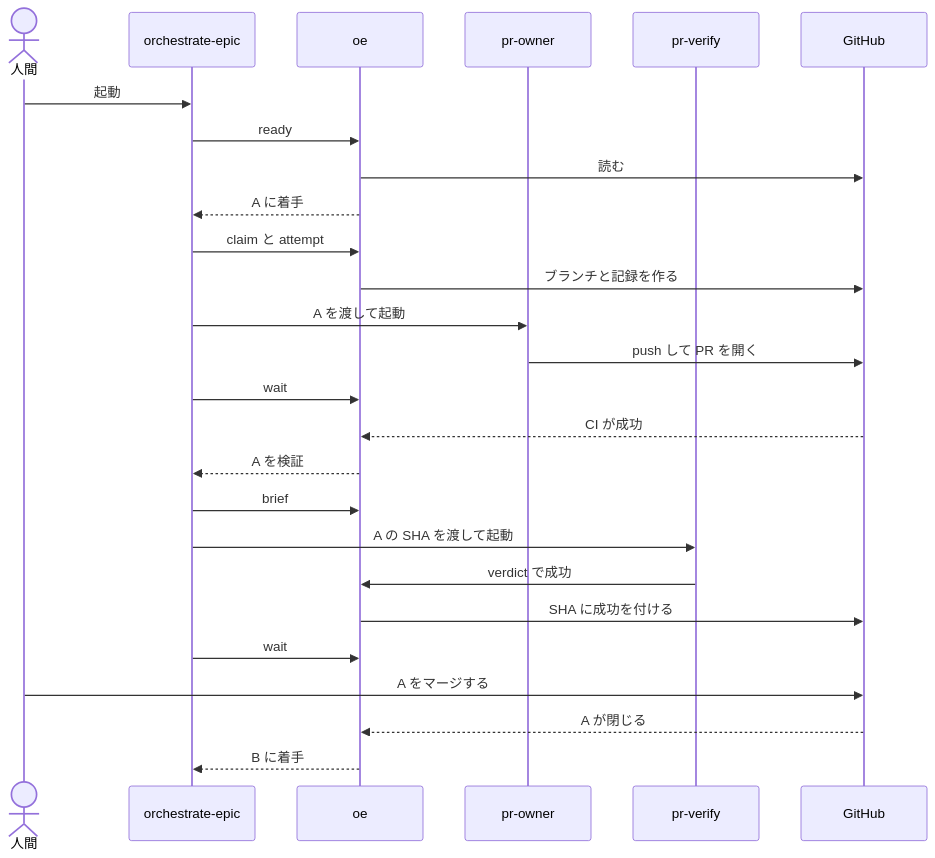
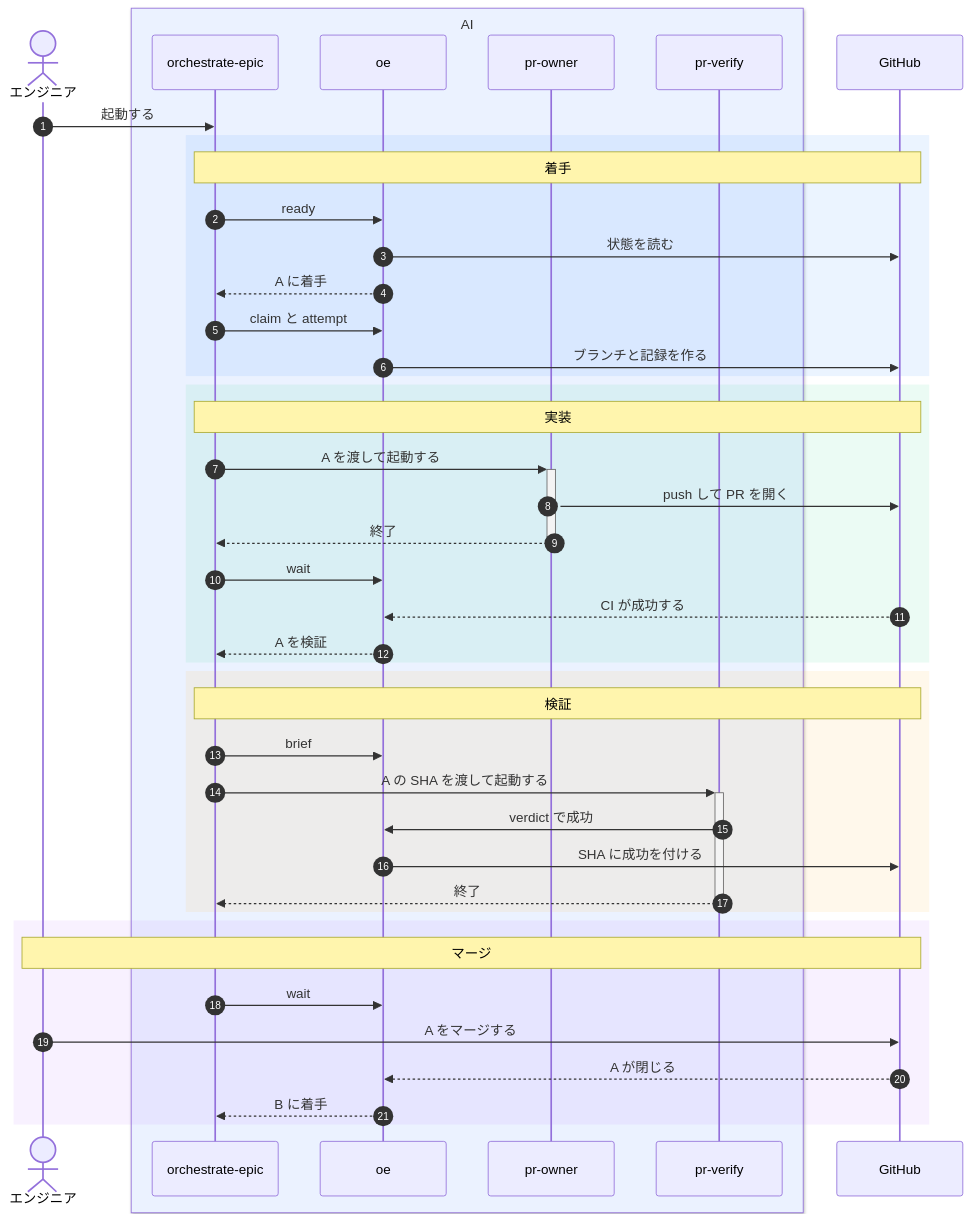
One commit to maro114510/skills changed the second of 2 diagrams in docs/design/orchestrate-epic.md. Above: the diagram before and after it, drawn with Mermaid. The commit also changed other lines of this file, not shown here.

First line of the commit message:
docs(orchestrate-epic): group the next-action rules by phase

````diff
--- a/docs/design/orchestrate-epic.md
+++ b/docs/design/orchestrate-epic.md
@@ -92,28 +110,45 @@
 ```mermaid
 sequenceDiagram
-  actor H as 人間
-  participant O as orchestrate-epic
-  participant E as oe
-  participant W as pr-owner
-  participant V as pr-verify
+  autonumber
+  actor H as エンジニア
+  box rgb(235,242,255) AI
+    participant O as orchestrate-epic
+    participant E as oe
+    participant W as pr-owner
+    participant V as pr-verify
+  end
   participant G as GitHub
-  H->>O: 起動
-  O->>E: ready
-  E->>G: 読む
-  E-->>O: A に着手
-  O->>E: claim と attempt
-  E->>G: ブランチと記録を作る
-  O->>W: A を渡して起動
-  W->>G: push して PR を開く
-  O->>E: wait
-  G-->>E: CI が成功
-  E-->>O: A を検証
-  O->>E: brief
-  O->>V: A の SHA を渡して起動
-  V->>E: verdict で成功
-  E->>G: SHA に成功を付ける
-  O->>E: wait
-  H->>G: A をマージする
-  G-->>E: A が閉じる
-  E-->>O: B に着手
+  H->>O: 起動する
+  rect rgba(0,120,255,0.08)
+    Note over O,G: 着手
+    O->>E: ready
+    E->>G: 状態を読む
+    E-->>O: A に着手
+    O->>E: claim と attempt
+    E->>G: ブランチと記録を作る
+  end
+  rect rgba(0,200,120,0.08)
+    Note over O,G: 実装
+    O->>+W: A を渡して起動する
+    W->>G: push して PR を開く
+    W-->>-O: 終了
+    O->>E: wait
+    G-->>E: CI が成功する
+    E-->>O: A を検証
+  end
+  rect rgba(255,160,0,0.08)
+    Note over O,G: 検証
+    O->>E: brief
+    O->>+V: A の SHA を渡して起動する
+    V->>E: verdict で成功
+    E->>G: SHA に成功を付ける
+    V-->>-O: 終了
+  end
+  rect rgba(160,80,255,0.08)
+    Note over H,G: マージ
+    O->>E: wait
+    H->>G: A をマージする
+    G-->>E: A が閉じる
+    E-->>O: B に着手
+  end
 ```
````
